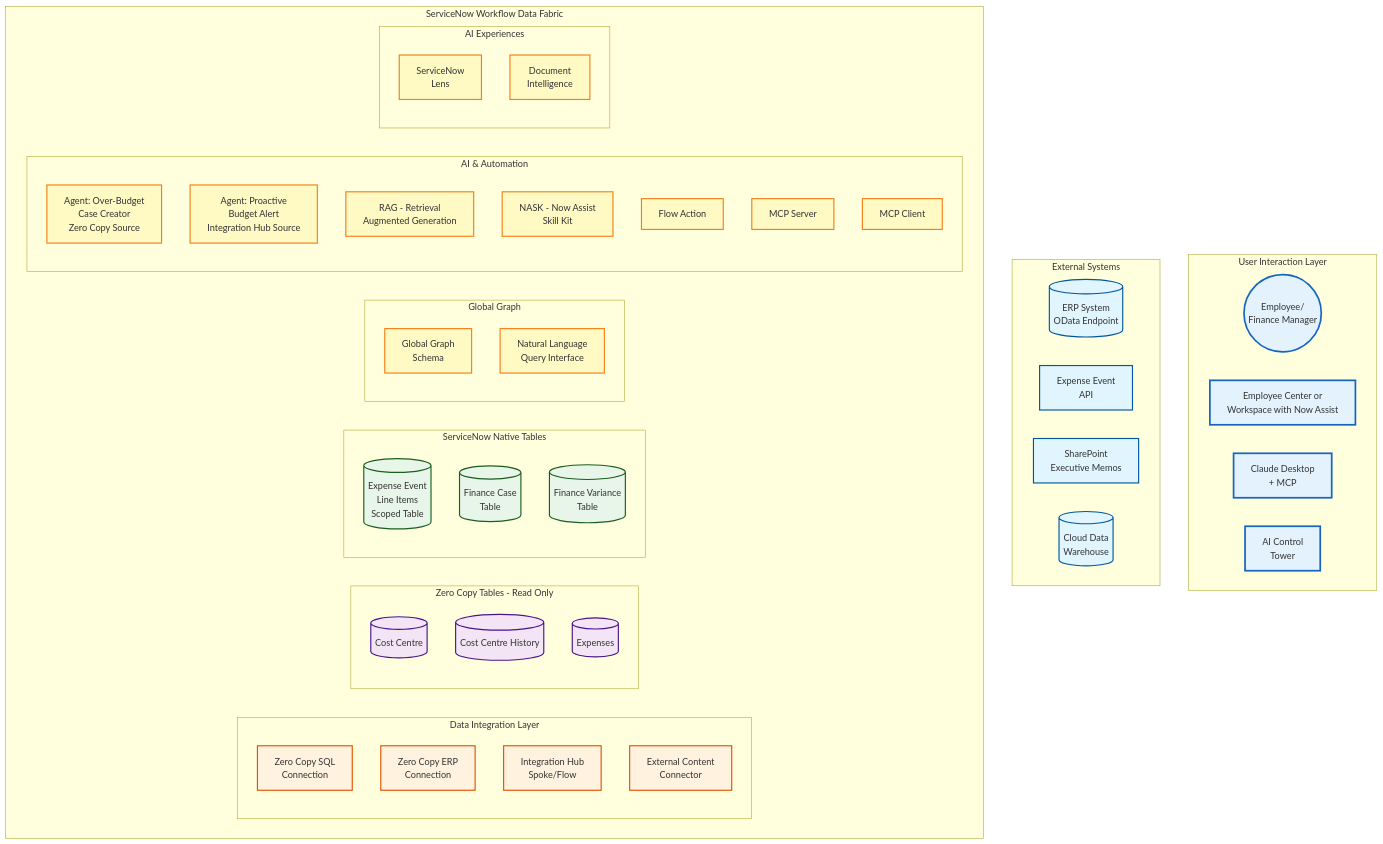
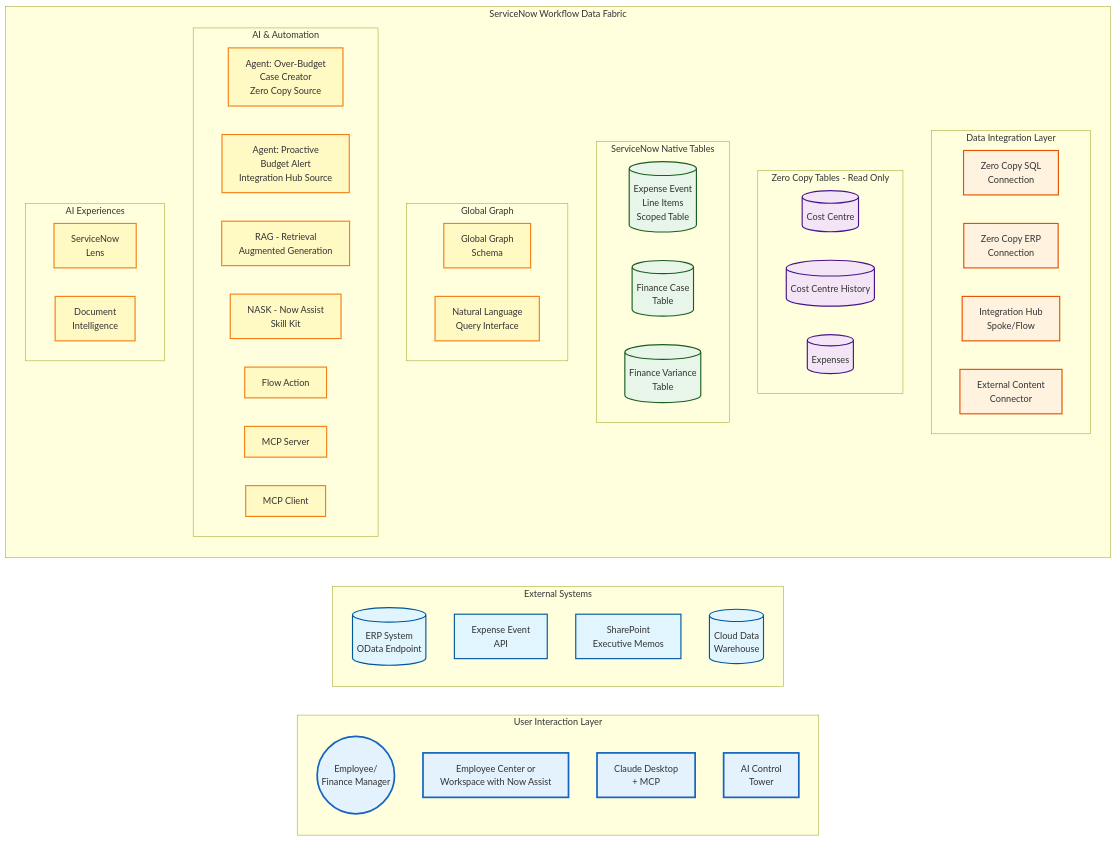
One commit to leojacinto/WorkflowDataFabric-TypeA changed the first of 2 diagrams in WDF_Diagrams.md. Above: the diagram before and after it, drawn with Mermaid.

````diff
--- a/WDF_Diagrams.md
+++ b/WDF_Diagrams.md
@@ -12,72 +12,72 @@
 ```mermaid
-graph TB
+graph LR
     subgraph "User Interaction Layer"
         Employee((Employee/<br/>Finance Manager))
         EC[Employee Center or<br/>Workspace with Now Assist]
         ClaudeDesktop[Claude Desktop<br/>+ MCP]
         ControlTower[AI Control<br/>Tower]
     end
 
     subgraph "External Systems"
         ERP[(ERP System<br/>OData Endpoint)]
         ExpenseAPI[Expense Event<br/>API]
         SharePoint[SharePoint<br/>Executive Memos]
         CDW[(Cloud Data<br/>Warehouse)]
     end
 
     subgraph "ServiceNow Workflow Data Fabric"
         subgraph "Data Integration Layer"
             ZeroCopySQL[Zero Copy SQL<br/>Connection]
             ZeroCopyERP[Zero Copy ERP<br/>Connection]
             IntHub[Integration Hub<br/>Spoke/Flow]
             ExtContent[External Content<br/>Connector]
         end
 
         subgraph "Zero Copy Tables - Read Only"
             ZCCC[(Cost Centre)]
             ZCCH[(Cost Centre History)]
             ZCExp[(Expenses)]
         end
 
         subgraph "ServiceNow Native Tables"
             ExpenseTable[(Expense Event<br/>Line Items<br/>Scoped Table)]
             FinCase[(Finance Case<br/>Table)]
             FinVar[(Finance Variance<br/>Table)]
         end
 
         subgraph "Global Graph"
             GGraph[Global Graph<br/>Schema]
             NLQuery[Natural Language<br/>Query Interface]
         end
 
         subgraph "AI & Automation"
             Agent1[Agent: Over-Budget<br/>Case Creator<br/>Zero Copy Source]
             Agent2[Agent: Proactive<br/>Budget Alert<br/>Integration Hub Source]
             RAG[RAG - Retrieval<br/>Augmented Generation]
             NASK[NASK - Now Assist<br/>Skill Kit]
             FlowAction[Flow Action]
             MCP[MCP Server]
             MCPC[MCP Client]
         end
 
         subgraph "AI Experiences"
             Lens["ServiceNow</br>Lens"]
             DocIntel["Document</br>Intelligence"]
         end
     end
 
     %% Styling
     classDef external fill:#e1f5ff,stroke:#01579b,stroke-width:2px
     classDef integration fill:#fff3e0,stroke:#e65100,stroke-width:2px
     classDef zeroCopy fill:#f3e5f5,stroke:#4a148c,stroke-width:2px
     classDef native fill:#e8f5e9,stroke:#1b5e20,stroke-width:2px
     classDef ai fill:#fff9c4,stroke:#f57f17,stroke-width:2px
     classDef user fill:#e3f2fd,stroke:#1565c0,stroke-width:3px
 
     class ERP,ExpenseAPI,SharePoint,CDW external
     class ZeroCopySQL,ZeroCopyERP,IntHub,ExtContent integration
     class ZCCC,ZCCH,ZCExp zeroCopy
     class ExpenseTable,FinCase,FinVar native
     class Agent1,Agent2,RAG,NASK,FlowAction,MCP,MCPC,GGraph,NLQuery,Lens,DocIntel ai
     class Employee,EC,ControlTower,ClaudeDesktop user
 ```
````
